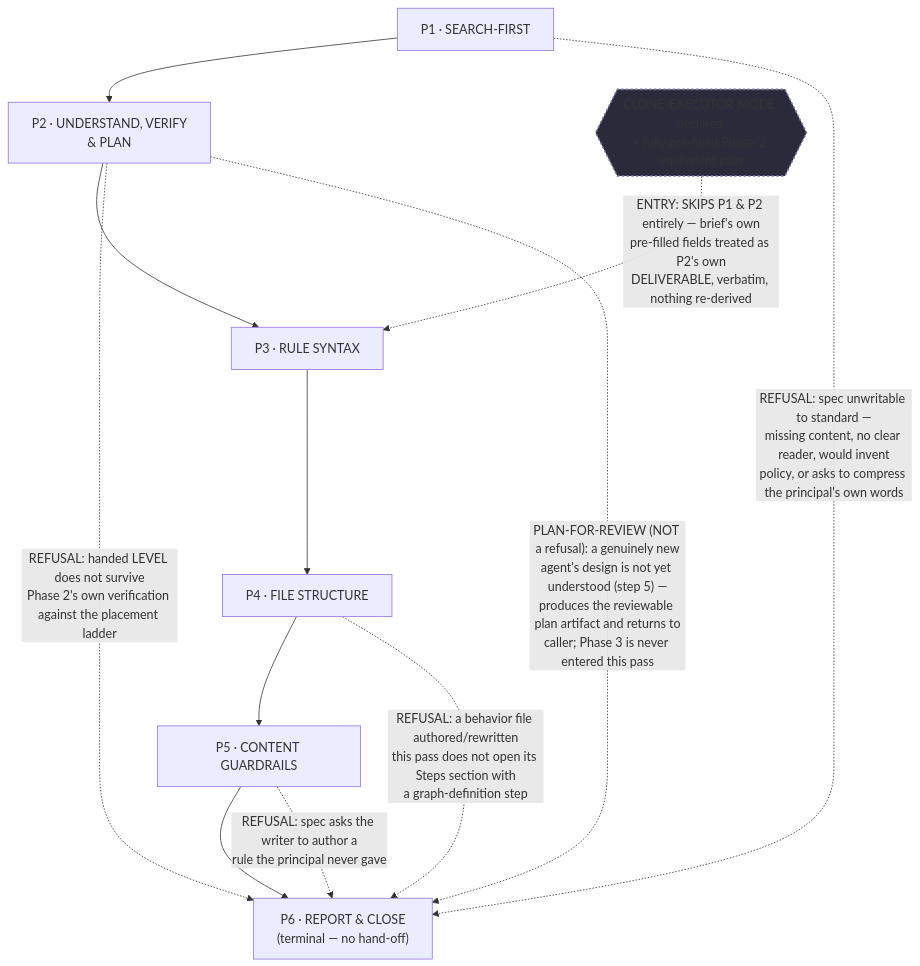
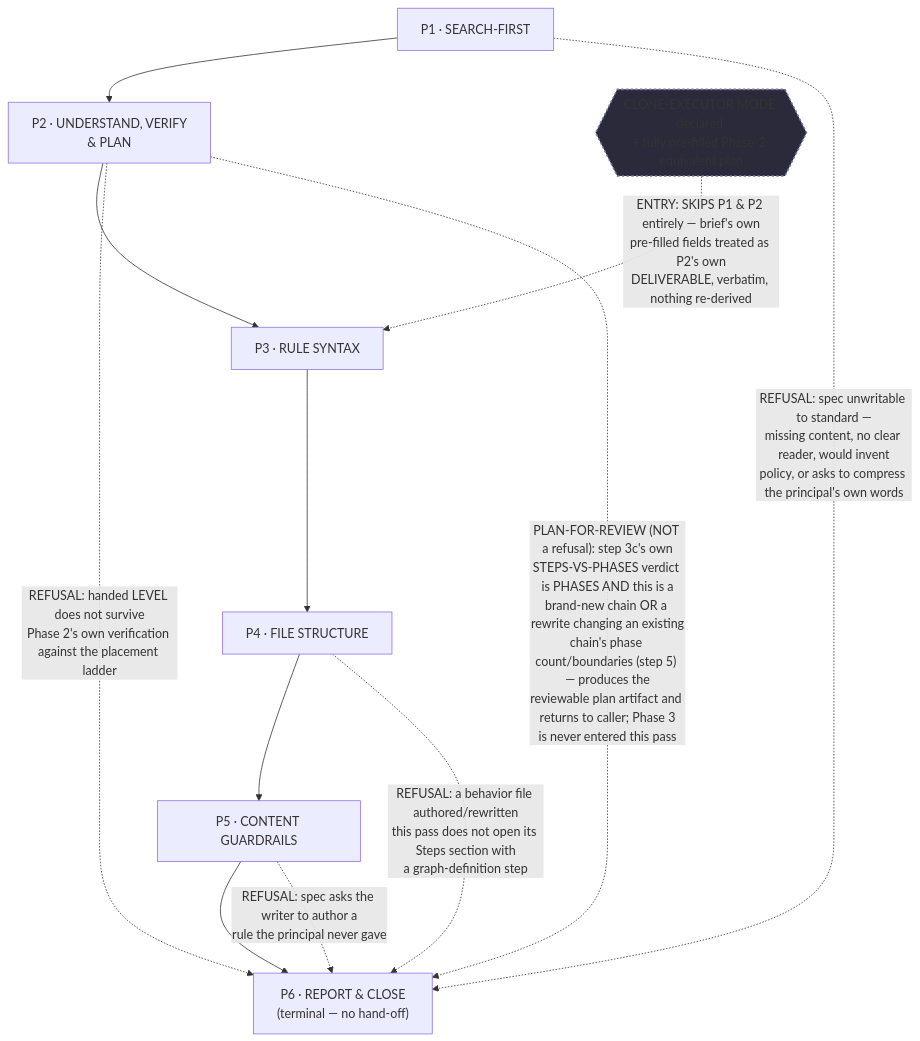
The first of 8 diagrams in .claude/skills/grimorio.agent-writing/prompt-writer-phases/prompt-writer-quasi-software-view.md (Wilman2612/grimorio-agents), drawn with Mermaid before and after one commit. The commit also changed other lines of this file and 213 other files, not shown here.

````diff
--- a/.claude/skills/grimorio.agent-writing/prompt-writer-phases/prompt-writer-quasi-software-view.md
+++ b/.claude/skills/grimorio.agent-writing/prompt-writer-phases/prompt-writer-quasi-software-view.md
@@ -44,19 +44,19 @@
 ```mermaid
 flowchart TB
     P1["P1 · SEARCH-FIRST"] --> P2["P2 · UNDERSTAND, VERIFY<br/>& PLAN"]
     P2 --> P3["P3 · RULE SYNTAX"]
     P3 --> P4["P4 · FILE STRUCTURE"]
     P4 --> P5["P5 · CONTENT GUARDRAILS"]
     P5 --> P6["P6 · REPORT & CLOSE<br/>(terminal — no hand-off)"]
 
     P1 -.->|"REFUSAL: spec unwritable to standard —<br/>missing content, no clear reader, would invent<br/>policy, or asks to compress the principal's own words"| P6
     P2 -.->|"REFUSAL: handed LEVEL does not survive<br/>Phase 2's own verification against the placement ladder"| P6
-    P2 -.->|"PLAN-FOR-REVIEW (NOT a refusal): a genuinely new<br/>agent's design is not yet understood (step 5) —<br/>produces the reviewable plan artifact and returns to<br/>caller; Phase 3 is never entered this pass"| P6
+    P2 -.->|"PLAN-FOR-REVIEW (NOT a refusal): step 3c's own<br/>STEPS-VS-PHASES verdict is PHASES AND this is a<br/>brand-new chain OR a rewrite changing an existing<br/>chain's phase count/boundaries (step 5) — produces the<br/>reviewable plan artifact and returns to caller; Phase 3<br/>is never entered this pass"| P6
     P4 -.->|"REFUSAL: a behavior file authored/rewritten<br/>this pass does not open its Steps section with<br/>a graph-definition step"| P6
     P5 -.->|"REFUSAL: spec asks the writer to author a<br/>rule the principal never gave"| P6
 
     ENTRY{{"CLONE-EXECUTOR MODE declared,<br/>+ fully pre-filled Phase-2-equivalent plan"}}
     ENTRY -.->|"ENTRY: SKIPS P1 & P2 entirely — brief's own<br/>pre-filled fields treated as P2's own<br/>DELIVERABLE, verbatim, nothing re-derived"| P3
 
     style ENTRY fill:#2a2a3a,stroke:#77a,stroke-width:2px,stroke-dasharray: 3 3
 ```
````
